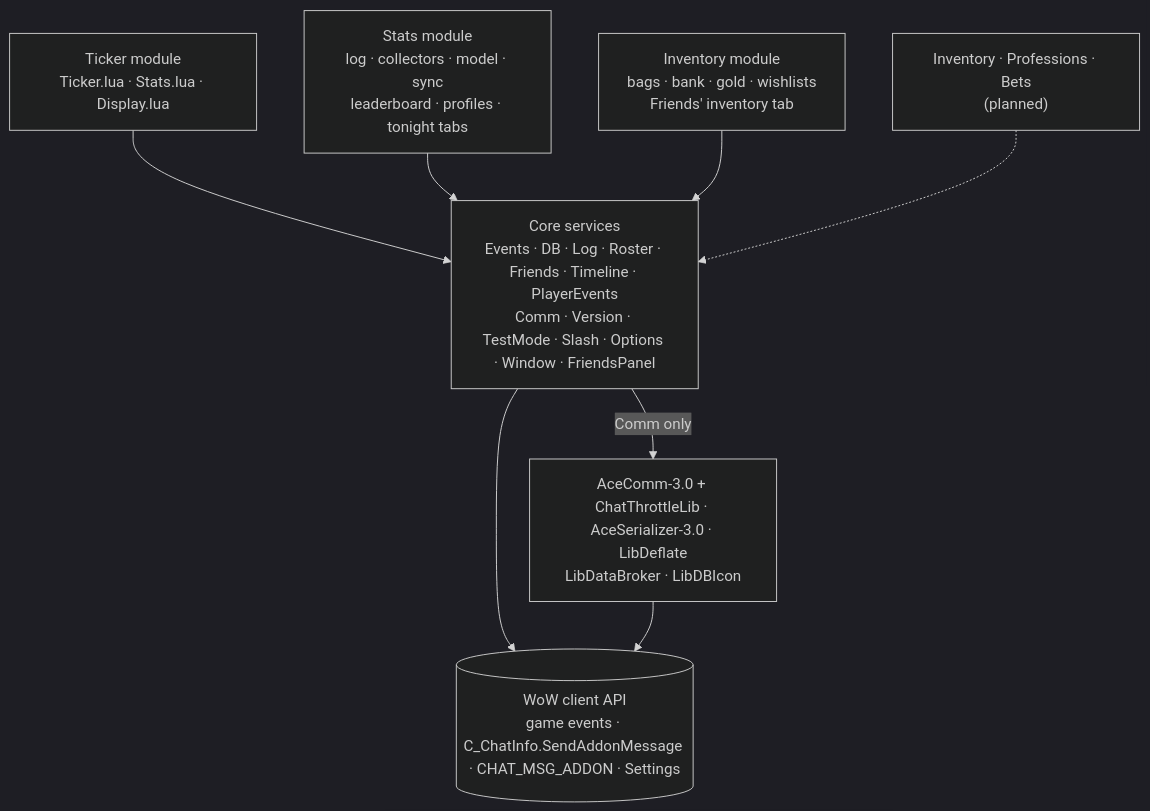
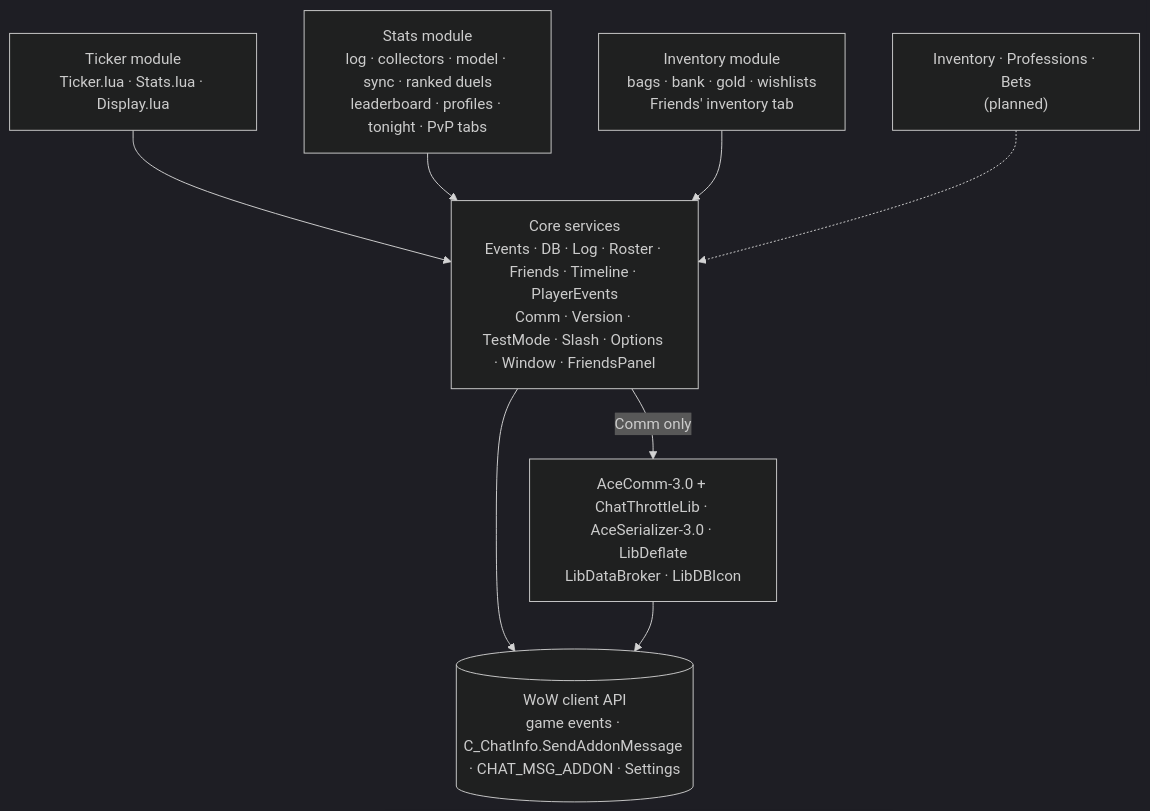
Before and after one commit to snoopjust/LooserPiml: the first of 9 diagrams in ARCHITECTURE.md, drawn with Mermaid (dark theme). The commit also changed other lines of this file and 6 other files, not shown here.

First line of the commit message:
Docs for stage C1: ranked duels, test plan, v0.2.0-beta.3 changelog

````diff
--- a/ARCHITECTURE.md
+++ b/ARCHITECTURE.md
@@ -29,17 +31,17 @@
 ```mermaid
 flowchart TB
     Ticker["Ticker module<br/>Ticker.lua · Stats.lua · Display.lua"]
-    Stats["Stats module<br/>log · collectors · model · sync<br/>leaderboard · profiles · tonight tabs"]
+    Stats["Stats module<br/>log · collectors · model · sync · ranked duels<br/>leaderboard · profiles · tonight · PvP tabs"]
     Inventory["Inventory module<br/>bags · bank · gold · wishlists<br/>Friends' inventory tab"]
     Future["Inventory · Professions · Bets<br/>(planned)"]
     Core["Core services<br/>Events · DB · Log · Roster · Friends · Timeline · PlayerEvents<br/>Comm · Version · TestMode · Slash · Options · Window · FriendsPanel"]
     Libs["AceComm-3.0 + ChatThrottleLib · AceSerializer-3.0 · LibDeflate<br/>LibDataBroker · LibDBIcon"]
     API[("WoW client API<br/>game events · C_ChatInfo.SendAddonMessage · CHAT_MSG_ADDON · Settings")]
     Ticker --> Core
     Stats --> Core
     Inventory --> Core
     Future -.-> Core
     Core -->|"Comm only"| Libs
     Core --> API
     Libs --> API
 ```
````
